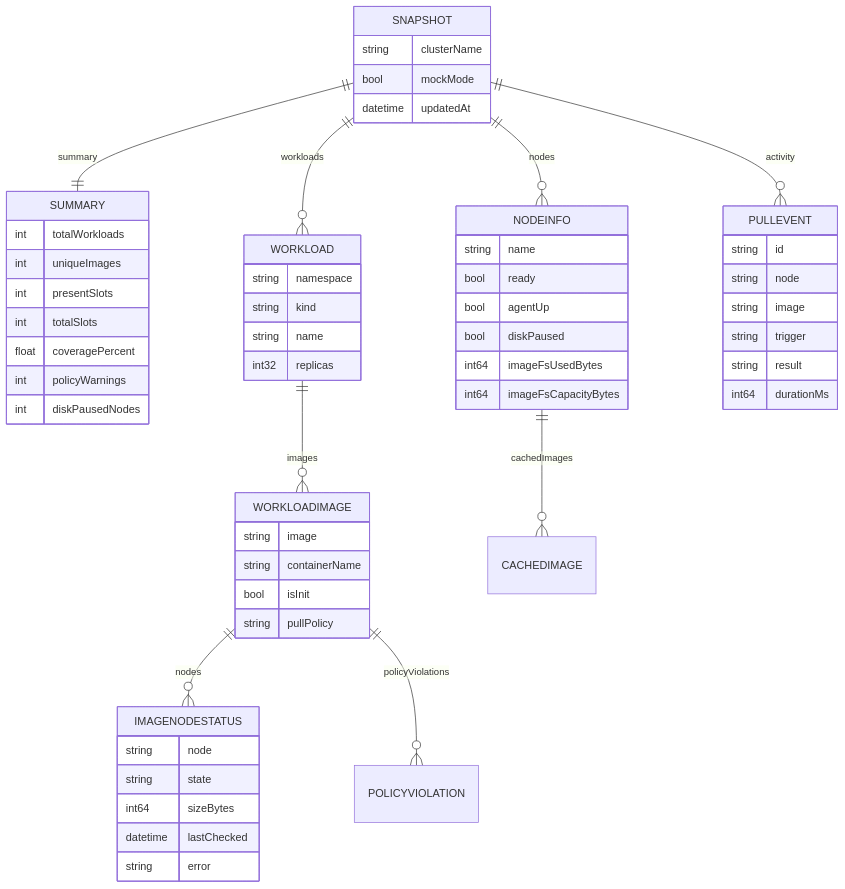
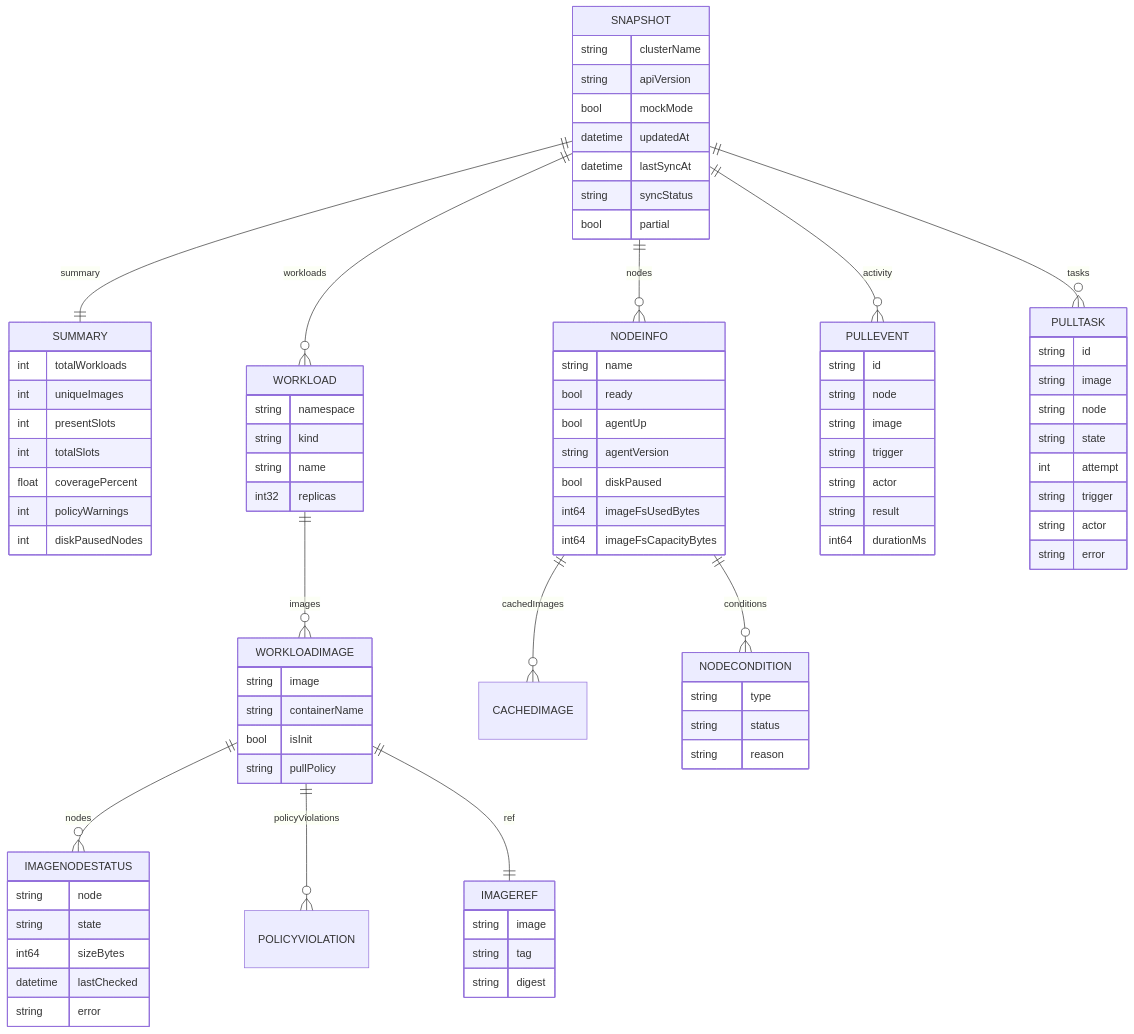
One commit to vasyakrg/image-prepuller changed the seventh of 11 diagrams in docs/architecture.md. Above: the diagram before and after it, drawn with Mermaid. The commit also changed other lines of this file and 28 other files, not shown here.

```diff
--- a/docs/architecture.md
+++ b/docs/architecture.md
@@ -237,15 +250,42 @@
     SNAPSHOT ||--o{ WORKLOAD : workloads
     SNAPSHOT ||--o{ NODEINFO : nodes
     SNAPSHOT ||--o{ PULLEVENT : activity
+    SNAPSHOT ||--o{ PULLTASK : tasks
     WORKLOAD ||--o{ WORKLOADIMAGE : images
     WORKLOADIMAGE ||--o{ IMAGENODESTATUS : nodes
     WORKLOADIMAGE ||--o{ POLICYVIOLATION : policyViolations
+    WORKLOADIMAGE ||--|| IMAGEREF : ref
     NODEINFO ||--o{ CACHEDIMAGE : cachedImages
+    NODEINFO ||--o{ NODECONDITION : conditions
 
     SNAPSHOT {
         string clusterName
+        string apiVersion
         bool mockMode
         datetime updatedAt
+        datetime lastSyncAt
+        string syncStatus
+        bool partial
+    }
+    PULLTASK {
+        string id
+        string image
+        string node
+        string state
+        int attempt
+        string trigger
+        string actor
+        string error
+    }
+    IMAGEREF {
+        string image
+        string tag
+        string digest
+    }
+    NODECONDITION {
+        string type
+        string status
+        string reason
     }
     SUMMARY {
         int totalWorkloads
@@ -279,6 +319,7 @@
         string name
         bool ready
         bool agentUp
+        string agentVersion
         bool diskPaused
         int64 imageFsUsedBytes
         int64 imageFsCapacityBytes
@@ -288,6 +329,7 @@
         string node
         string image
         string trigger
+        string actor
         string result
         int64 durationMs
     }
```
